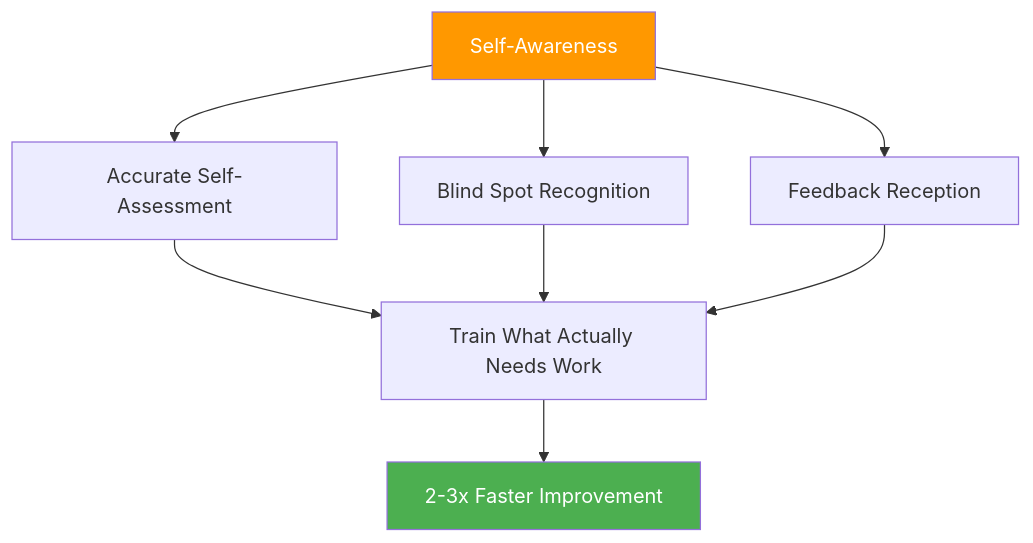
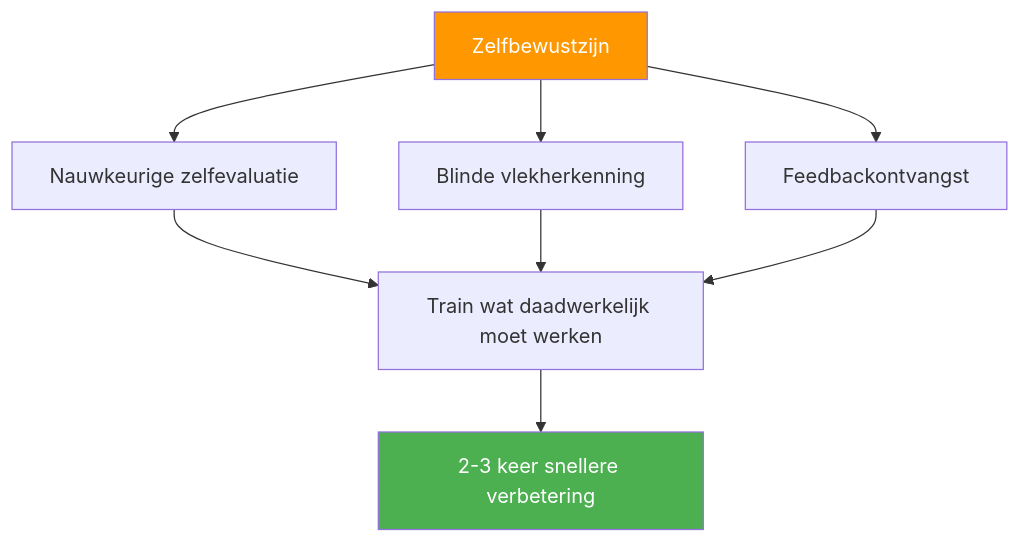
The diagram in docs/nl/education/self-awareness/index.md (patwii/petanque-academy), drawn with Mermaid before and after one commit. The commit also changed other lines of this file and 550 other files, not shown here.

````diff
--- a/docs/nl/education/self-awareness/index.md
+++ b/docs/nl/education/self-awareness/index.md
@@ -20,15 +20,15 @@
 ```mermaid
 flowchart TD
-    A[Self-Awareness] --> B[Accurate Self-Assessment]
-    A --> C[Blind Spot Recognition]
-    A --> D[Feedback Reception]
+    A[Zelfbewustzijn] --> B[Nauwkeurige zelfevaluatie]
+    A --> C[Blinde vlekherkenning]
+    A --> D[Feedbackontvangst]
 
-    B --> E[Train What Actually Needs Work]
+    B --> E[Train wat daadwerkelijk moet werken]
     C --> E
     D --> E
 
-    E --> F[2-3x Faster Improvement]
+    E --> F[2-3 keer snellere verbetering]
 
     style A fill:#FF9800,color:#fff
     style F fill:#4CAF50,color:#fff
 ```
````
